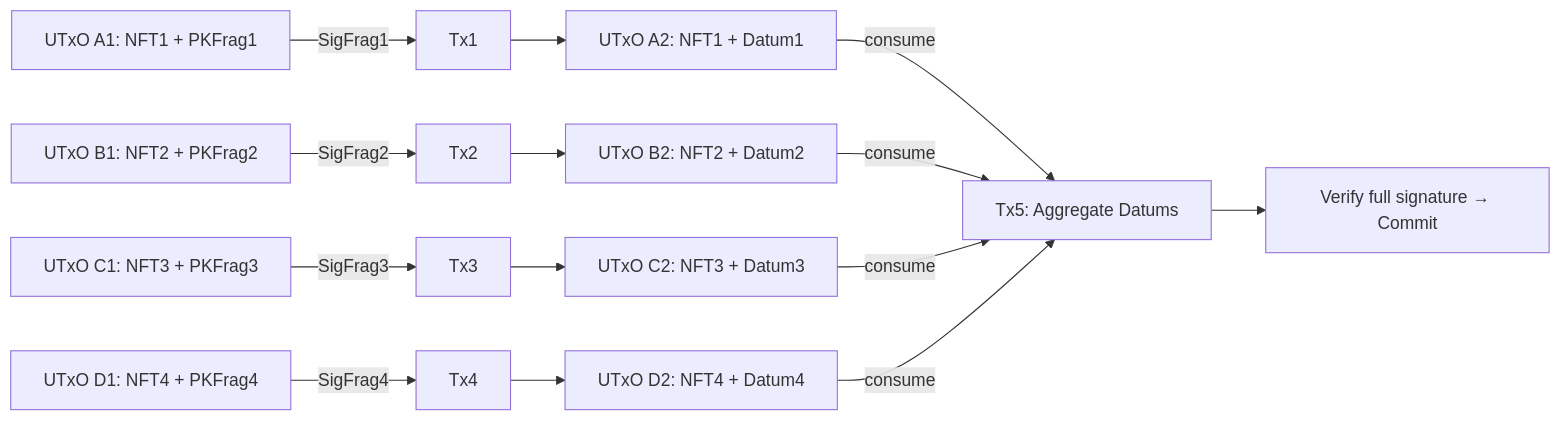
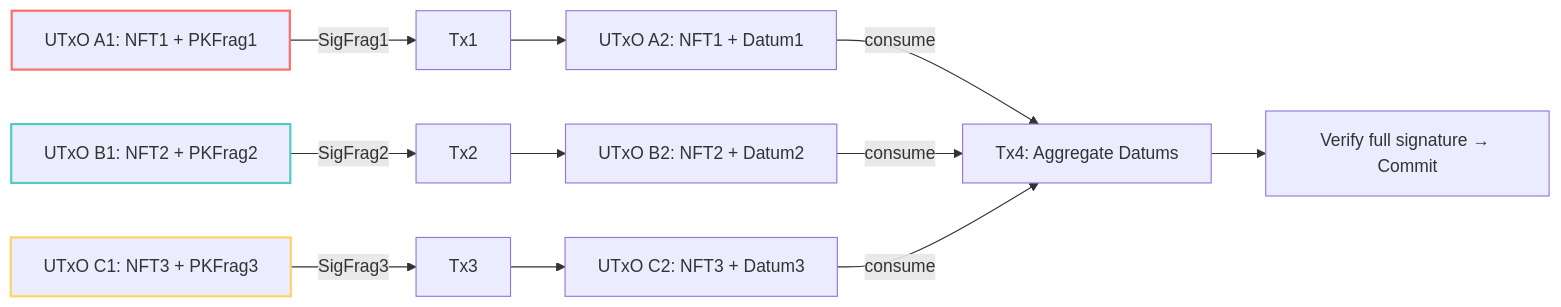
The first of 2 diagrams in docs/validation_over_multiple_steps.md (willpiam/lamport-cardano), drawn with Mermaid before and after one commit. The commit also changed other lines of this file, not shown here.

Commit message:
diagrams

````diff
--- a/docs/validation_over_multiple_steps.md
+++ b/docs/validation_over_multiple_steps.md
@@ -10,23 +10,22 @@
 ```mermaid
 flowchart LR
-    %% Initial UTxOs with 4 NFTs and key fragments
-    A1[UTxO A1: NFT1 + PKFrag1] -->|SigFrag1| T1[Tx1]
+    %% Initial UTxOs with 3 NFTs and key fragments
+    A1[UTxO A1: NFT1 + PKFrag1]:::nft1 -->|SigFrag1| T1[Tx1]
     T1 --> A2[UTxO A2: NFT1 + Datum1]
 
-    B1[UTxO B1: NFT2 + PKFrag2] -->|SigFrag2| T2[Tx2]
+    B1[UTxO B1: NFT2 + PKFrag2]:::nft2 -->|SigFrag2| T2[Tx2]
     T2 --> B2[UTxO B2: NFT2 + Datum2]
 
-    C1[UTxO C1: NFT3 + PKFrag3] -->|SigFrag3| T3[Tx3]
+    C1[UTxO C1: NFT3 + PKFrag3]:::nft3 -->|SigFrag3| T3[Tx3]
     T3 --> C2[UTxO C2: NFT3 + Datum3]
 
-    D1[UTxO D1: NFT4 + PKFrag4] -->|SigFrag4| T4[Tx4]
-    T4 --> D2[UTxO D2: NFT4 + Datum4]
+    %% Aggregation transaction
+    A2 -->|consume| T4[Tx4: Aggregate Datums]
+    B2 -->|consume| T4
+    C2 -->|consume| T4
+    T4 --> V[Verify full signature → Commit]
 
-    %% Aggregation transaction
-    A2 -->|consume| T5[Tx5: Aggregate Datums]
-    B2 -->|consume| T5
-    C2 -->|consume| T5
-    D2 -->|consume| T5
-    T5 --> V[Verify full signature → Commit]
-
+    classDef nft1 stroke:#FF6B6B,stroke-width:2px
+    classDef nft2 stroke:#4ECDC4,stroke-width:2px
+    classDef nft3 stroke:#FFD166,stroke-width:2px
 ```
````
